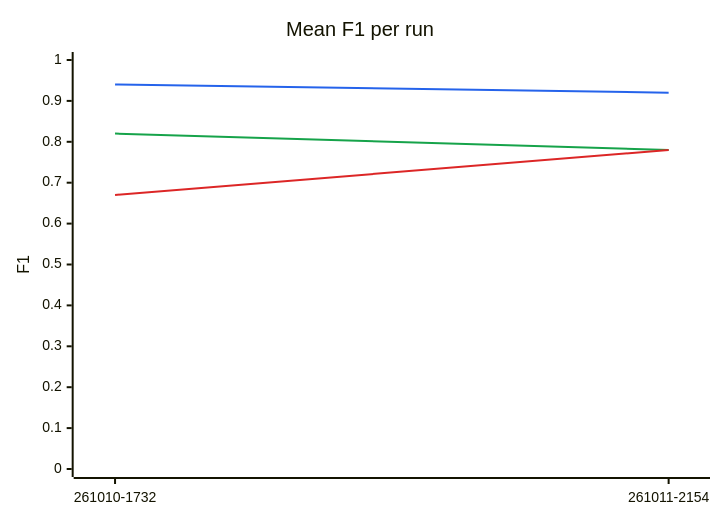
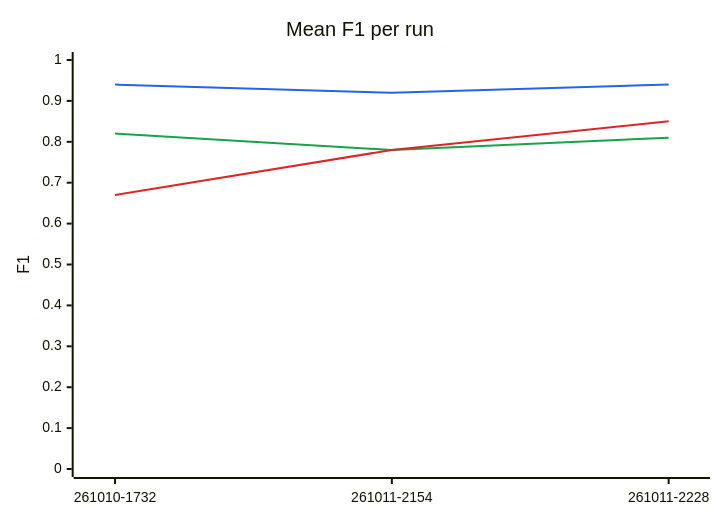
One commit to megagonlabs/blue-data-kb-source changed the first of 2 diagrams in lib/tests/benchmarks/extraction/results/README.md. Above: the diagram before and after it, drawn with Mermaid. The commit also changed other lines of this file and 6 other files, not shown here.

````diff
--- a/lib/tests/benchmarks/extraction/results/README.md
+++ b/lib/tests/benchmarks/extraction/results/README.md
@@ -24,10 +24,10 @@
 ```mermaid
 %%{init: {"themeVariables": {"xyChart": {"plotColorPalette": "#2563eb, #16a34a, #dc2626"}}}}%%
 xychart-beta
     title "Mean F1 per run"
-    x-axis ["261010-1732", "261011-2154"]
+    x-axis ["261010-1732", "261011-2154", "261011-2228"]
     y-axis "F1" 0 --> 1
-    line [0.94, 0.92]
-    line [0.82, 0.78]
-    line [0.67, 0.78]
+    line [0.94, 0.92, 0.94]
+    line [0.82, 0.78, 0.81]
+    line [0.67, 0.78, 0.85]
 ```
````
